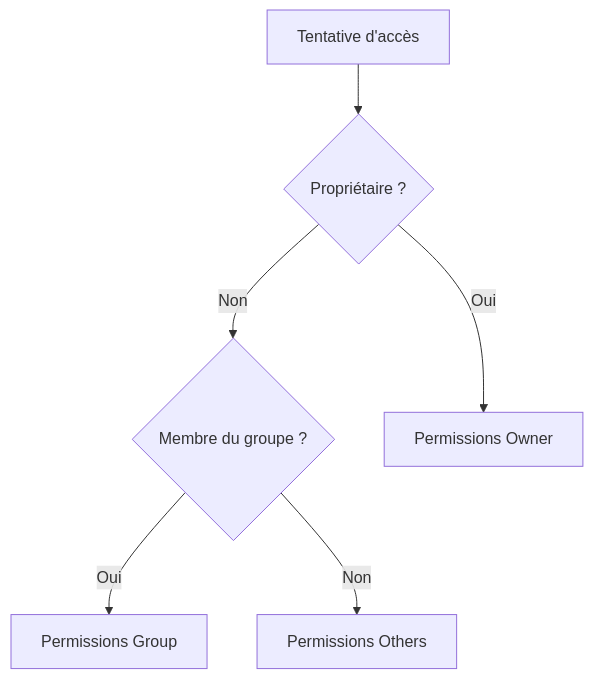
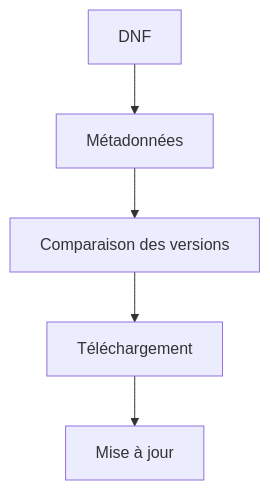
Before and after one commit to tdelaclos/formations: diagram 12 of 20 in campagne 1/1.5.md, drawn with Mermaid. The commit also changed other lines of this file, not shown here.

````diff
--- a/campagne 1/1.5.md
+++ b/campagne 1/1.5.md
@@ -831,25 +717,13 @@
 ```mermaid
 flowchart TD
 
-A["Tentative d'accès"]
+A["DNF"]
 
-B{"Propriétaire ?"}
+A --> B["Métadonnées"]
 
-C{"Membre du groupe ?"}
+B --> C["Comparaison des versions"]
 
-D["Permissions Others"]
+C --> D["Téléchargement"]
 
-E["Permissions Owner"]
-
-F["Permissions Group"]
-
-A --> B
-
-B -->|Oui| E
-
-B -->|Non| C
-
-C -->|Oui| F
-
-C -->|Non| D
+D --> E["Mise à jour"]
 ```
````
